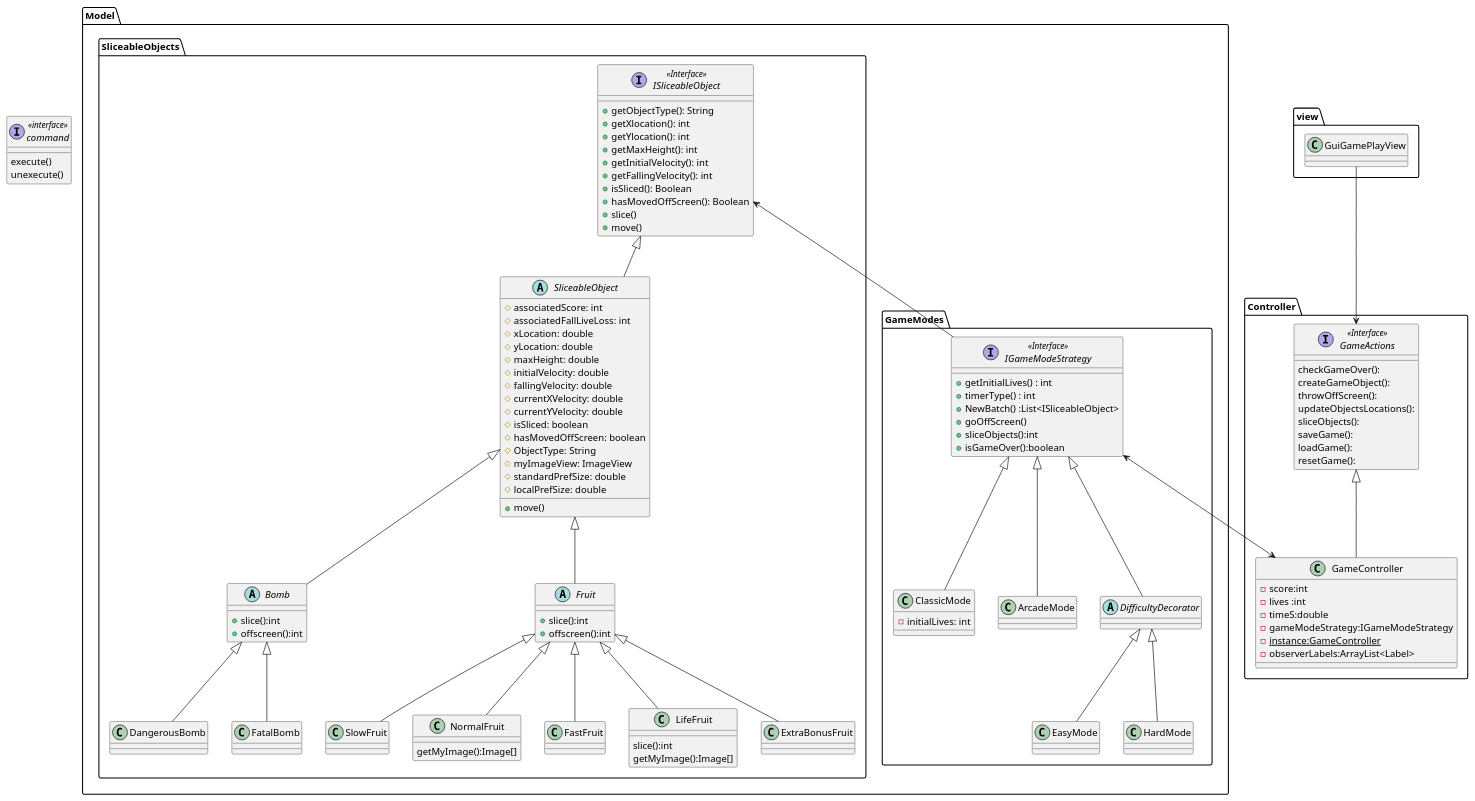
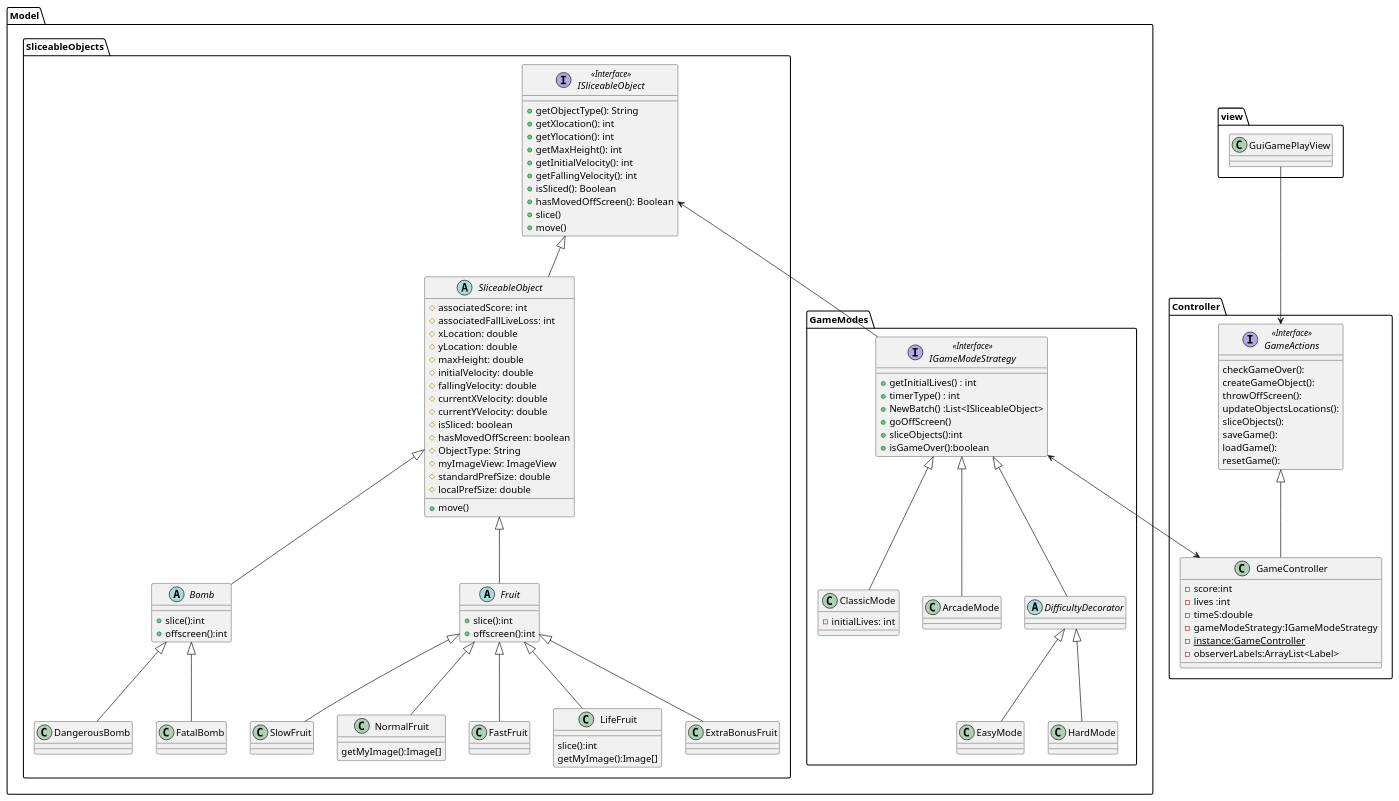
Before and after one commit to zixa5824/FruitNinja: the diagram in Fruit-Ninja-class.puml, drawn with PlantUML. The commit also changed 3 other files, not shown here.

Commit message:
diagrams updated

```diff
--- a/Fruit-Ninja-class.puml
+++ b/Fruit-Ninja-class.puml
@@ -1,166 +1,164 @@
 @startuml
 package Model{
 package SliceableObjects {
 
     interface ISliceableObject <<Interface>>{
         +getObjectType(): String
         +getXlocation(): int
         +getYlocation(): int
         +getMaxHeight(): int
         +getInitialVelocity(): int
         +getFallingVelocity(): int
         +isSliced(): Boolean
         +hasMovedOffScreen(): Boolean
         +slice()
         +move()
 
     }
 
 
     abstract class Bomb {
         +slice():int
         +offscreen():int
     }
     abstract class Fruit{
         +slice():int
         +offscreen():int
         }
 
     abstract class SliceableObject {
 
         #associatedScore: int
         #associatedFallLiveLoss: int
         #xLocation: double
         #yLocation: double
         #maxHeight: double
         #initialVelocity: double
         #fallingVelocity: double
         #currentXVelocity: double
         #currentYVelocity: double
         #isSliced: boolean
         #hasMovedOffScreen: boolean
         #ObjectType: String
         #myImageView: ImageView
         #standardPrefSize: double
         #localPrefSize: double
 
         +move()
 
         }
 
     ISliceableObject <|-- SliceableObject
 
     SliceableObject <|-- Fruit
     SliceableObject <|--  Bomb
 
     Class SlowFruit {
 
     }
 
     Class NormalFruit{
         getMyImage():Image[]
     }
 
     Class FastFruit{
 
     }
 
     Class LifeFruit{
         slice():int
         getMyImage():Image[]
     }
 
     Class ExtraBonusFruit{
 
     }
 
 
     Fruit <|-- SlowFruit
     Fruit <|-- NormalFruit
     Fruit <|-- FastFruit
     Fruit <|-- LifeFruit
     Fruit <|-- ExtraBonusFruit
 
     Bomb <|-- DangerousBomb
     Bomb <|-- FatalBomb
 
 
 }
 package GameModes {
 interface IGameModeStrategy <<Interface>> {
     +getInitialLives() : int
     +timerType() : int
     +NewBatch() :List<ISliceableObject>
     +goOffScreen()
     +sliceObjects():int
     +isGameOver():boolean
 }
 
 IGameModeStrategy <|-- ClassicMode
 IGameModeStrategy <|-- ArcadeMode
 
 
 Class ClassicMode {
     -initialLives: int
 }
 
 
 abstract class DifficultyDecorator
 
 IGameModeStrategy <|-- DifficultyDecorator
 
 DifficultyDecorator <|-- EasyMode
 DifficultyDecorator <|-- HardMode
 
 
 }
 
 ISliceableObject <-- IGameModeStrategy
 }
 
 
 
 package Controller {
     interface GameActions <<Interface>> {
     checkGameOver():
     createGameObject():
     throwOffScreen():
     updateObjectsLocations():
     sliceObjects():
     saveGame():
     loadGame():
     resetGame():
     }
 
     Class GameController{
              -score:int
         	 -lives :int
         	 -timeS:double
         	 -gameModeStrategy:IGameModeStrategy
         	 -{static}instance:GameController
         	 -observerLabels:ArrayList<Label>
 
     }
 
     GameActions <|-- GameController
 
 
 }
 
 IGameModeStrategy <--> GameController
 
 package view {
 
-    class GuiGamePlayView
+    class GuiGamePlayView{
+
+
+
+    }
 
     GuiGamePlayView --> GameActions
 
 }
 
-interface command <<interface>>{
-
-    execute()
-    unexecute()
-
-}
 @enduml
```
